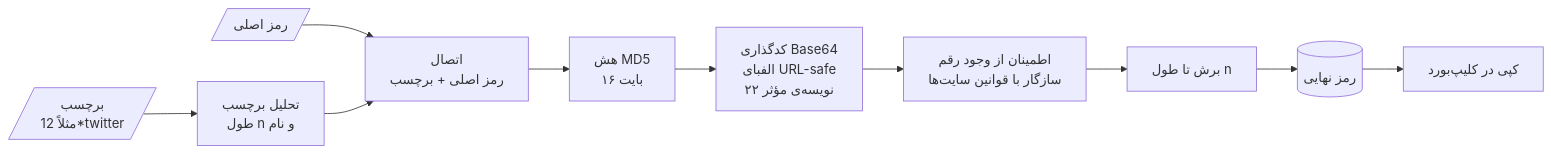
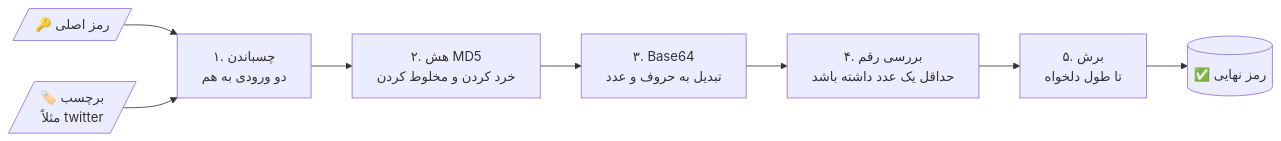
One commit to GoldenIsland00/loplop changed the first of 3 diagrams in README.md. Above: the diagram before and after it, drawn with Mermaid. The commit also changed other lines of this file, not shown here.

````diff
--- a/README.md
+++ b/README.md
@@ -47,12 +80,10 @@
 ```mermaid
 flowchart LR
-    A[/"رمز اصلی"/] --> C
-    B[/"برچسب<br/>مثلاً 12*twitter"/] --> P["تحلیل برچسب<br/>طول n و نام"]
-    P --> C["اتصال<br/>رمز اصلی + برچسب"]
-    C --> D["هش MD5<br/>۱۶ بایت"]
-    D --> E["کدگذاری Base64<br/>الفبای URL-safe<br/>۲۲ نویسه‌ی مؤثر"]
-    E --> F["اطمینان از وجود رقم<br/>سازگار با قوانین سایت‌ها"]
-    F --> G["برش تا طول n"]
-    G --> H[("رمز نهایی")]
-    H --> I["کپی در کلیپ‌بورد"]
+    A[/"🔑 رمز اصلی"/] --> C
+    B[/"🏷️ برچسب<br/>مثلاً twitter"/] --> C["۱. چسباندن<br/>دو ورودی به هم"]
+    C --> D["۲. هش MD5<br/>خرد کردن و مخلوط کردن"]
+    D --> E["۳. Base64<br/>تبدیل به حروف و عدد"]
+    E --> F["۴. بررسی رقم<br/>حداقل یک عدد داشته باشد"]
+    F --> G["۵. برش<br/>تا طول دلخواه"]
+    G --> H[("✅ رمز نهایی")]
 ```
````
